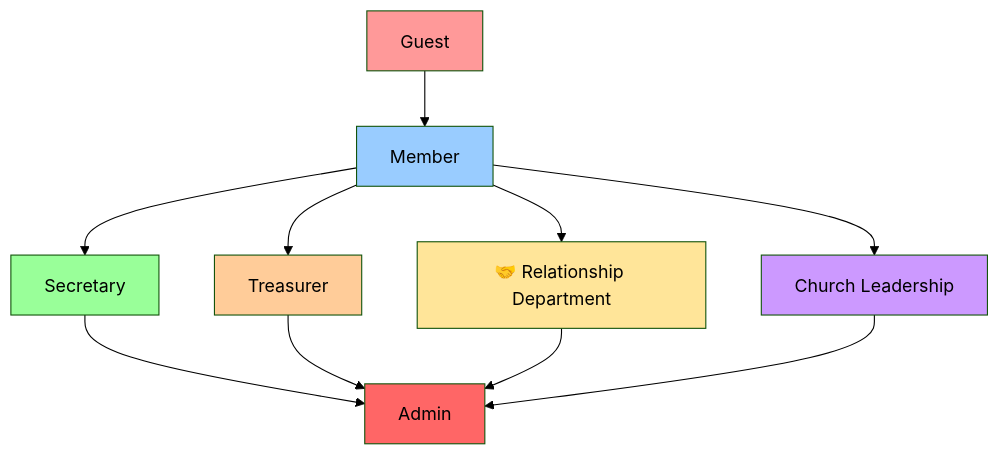
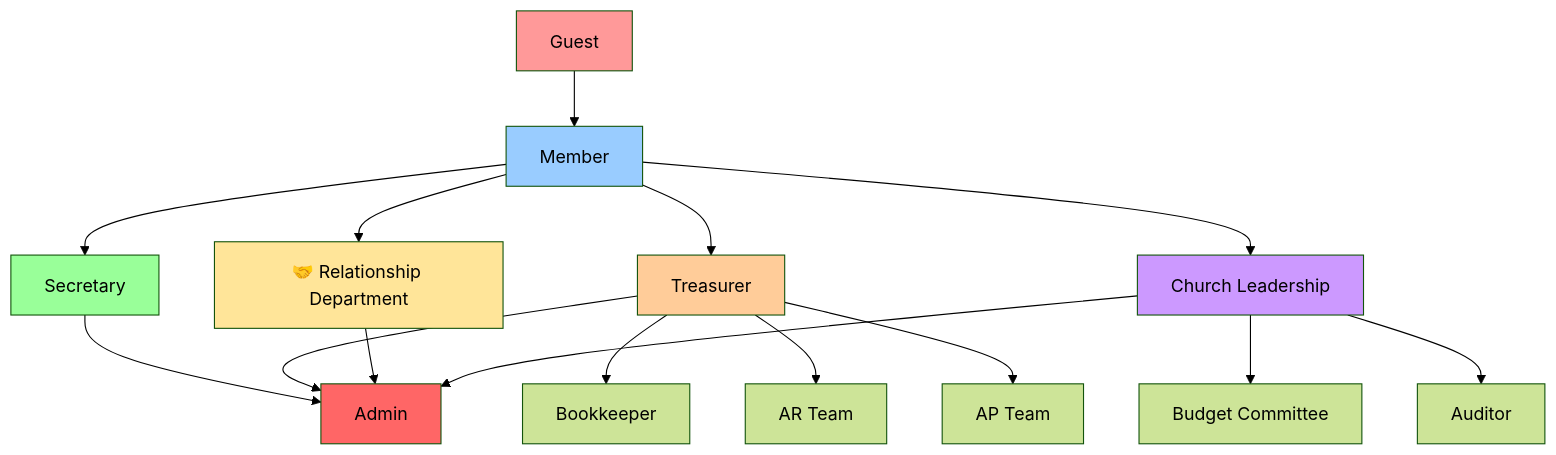
The fourth of 4 diagrams in README.md (dawityifter/abune-aregawi), drawn with Mermaid (forest theme) before and after one commit. The commit also changed other lines of this file and 11 other files, not shown here.

````diff
--- a/README.md
+++ b/README.md
@@ -485,20 +496,25 @@
 ```mermaid
 graph TD
     A[Guest] --> B[Member]
     B --> C[Secretary]
     B --> D[Treasurer]
+    D --> H[Bookkeeper]
+    D --> I[AR Team]
+    D --> J[AP Team]
     B --> E[🤝 Relationship Department]
     B --> F[Church Leadership]
+    F --> K[Budget Committee]
+    F --> L[Auditor]
     C --> G[Admin]
     D --> G
     E --> G
     F --> G
     
     style A fill:#ff9999
     style B fill:#99ccff
     style C fill:#99ff99
     style D fill:#ffcc99
     style E fill:#ffe599
     style F fill:#cc99ff
     style G fill:#ff6666
 ```
````
